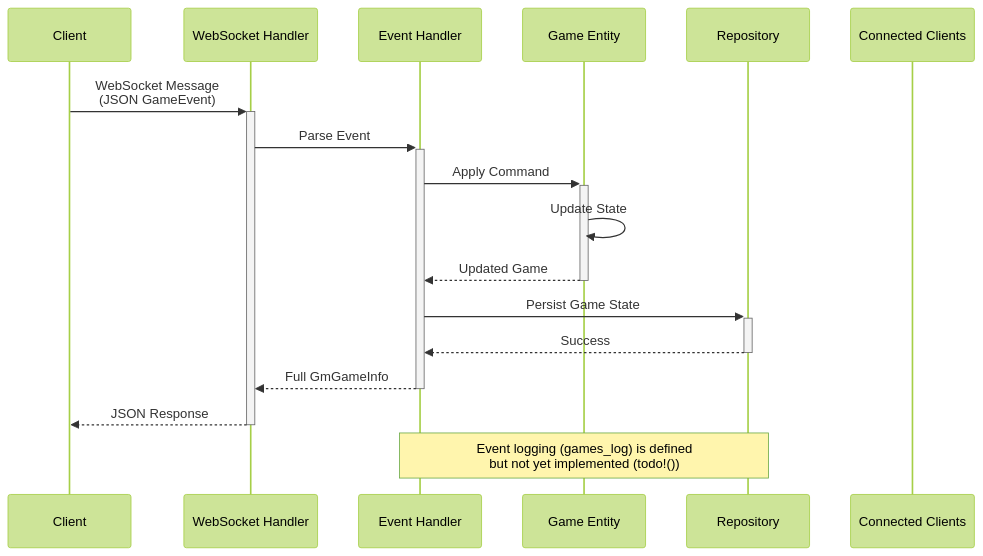
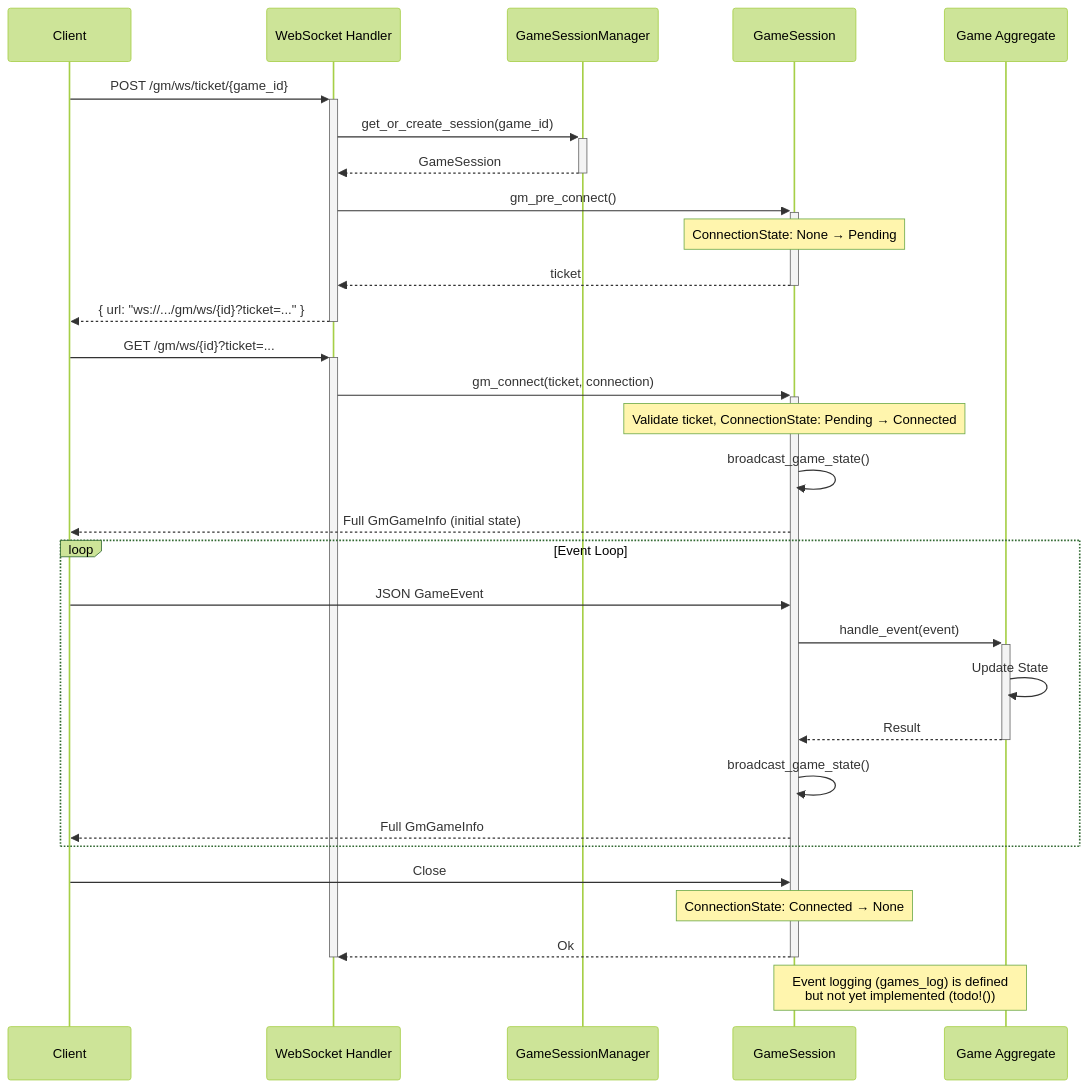
One commit to jakob-rzeppa/turnkeeper changed diagram 12 of 13 in backend/ARCHITECTURE.md. Above: the diagram before and after it, drawn with Mermaid (forest theme). The commit also changed other lines of this file and 2 other files, not shown here.

````diff
--- a/backend/ARCHITECTURE.md
+++ b/backend/ARCHITECTURE.md
@@ -423,21 +434,38 @@
 ```mermaid
 sequenceDiagram
     participant Client
     participant WS as WebSocket Handler
-    participant EventH as Event Handler
-    participant Game as Game Entity
-    participant Repo as Repository
-    participant Clients as Connected Clients
+    participant SessionMgr as GameSessionManager
+    participant Session as GameSession
+    participant Game as Game Aggregate
 
-    Client->>+WS: WebSocket Message<br/>(JSON GameEvent)
-    WS->>+EventH: Parse Event
-    EventH->>+Game: Apply Command
-    Game->>Game: Update State
-    Game-->>-EventH: Updated Game
-    EventH->>+Repo: Persist Game State
-    Repo-->>-EventH: Success
-    EventH-->>-WS: Full GmGameInfo
-    WS-->>-Client: JSON Response
+    Client->>+WS: POST /gm/ws/ticket/{game_id}
+    WS->>+SessionMgr: get_or_create_session(game_id)
+    SessionMgr-->>-WS: GameSession
+    WS->>+Session: gm_pre_connect()
+    note over Session: ConnectionState: None → Pending
+    Session-->>-WS: ticket
+    WS-->>-Client: { url: "ws://.../gm/ws/{id}?ticket=..." }
 
-    Note over EventH,Repo: Event logging (games_log) is defined<br/>but not yet implemented (todo!())
+    Client->>+WS: GET /gm/ws/{id}?ticket=...
+    WS->>+Session: gm_connect(ticket, connection)
+    note over Session: Validate ticket, ConnectionState: Pending → Connected
+    Session->>Session: broadcast_game_state()
+    Session-->>Client: Full GmGameInfo (initial state)
+
+    loop Event Loop
+        Client->>Session: JSON GameEvent
+        Session->>+Game: handle_event(event)
+        Game->>Game: Update State
+        Game-->>-Session: Result
+        Session->>Session: broadcast_game_state()
+        Session-->>Client: Full GmGameInfo
+    end
+
+    Client->>Session: Close
+    note over Session: ConnectionState: Connected → None
+    Session-->>-WS: Ok
+    deactivate WS
+
+    Note over Session,Game: Event logging (games_log) is defined<br/>but not yet implemented (todo!())
 ```
````
